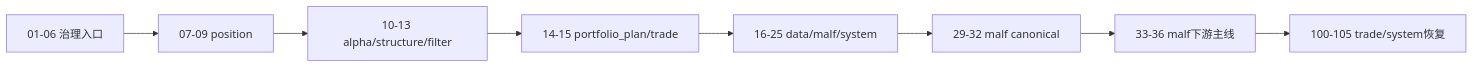
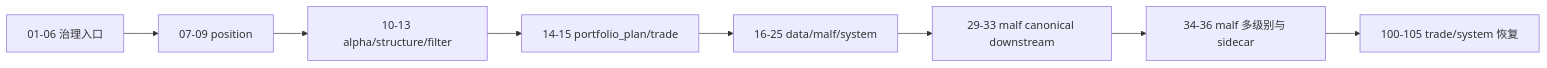
One commit to everything-is-simple/lifespan-0.01 changed the diagram in docs/03-execution/B-card-catalog-20260409.md. Above: the diagram before and after it, drawn with Mermaid. The commit also changed other lines of this file and 26 other files, not shown here.

````diff
--- a/docs/03-execution/B-card-catalog-20260409.md
+++ b/docs/03-execution/B-card-catalog-20260409.md
@@ -65,10 +66,10 @@
 ```mermaid
 flowchart LR
-    G01[01-06 治理入口] --> P07[07-09 position]
-    P07 --> A10[10-13 alpha/structure/filter]
-    A10 --> T14[14-15 portfolio_plan/trade]
-    T14 --> D16[16-25 data/malf/system]
-    D16 --> M29[29-32 malf canonical]
-    M29 --> M33[33-36 malf下游主线]
-    M33 --> POST[100-105 trade/system恢复]
+    G01["01-06 治理入口"] --> P07["07-09 position"]
+    P07 --> A10["10-13 alpha/structure/filter"]
+    A10 --> T14["14-15 portfolio_plan/trade"]
+    T14 --> D16["16-25 data/malf/system"]
+    D16 --> M29["29-33 malf canonical downstream"]
+    M29 --> M34["34-36 malf 多级别与 sidecar"]
+    M34 --> POST["100-105 trade/system 恢复"]
 ```
````
